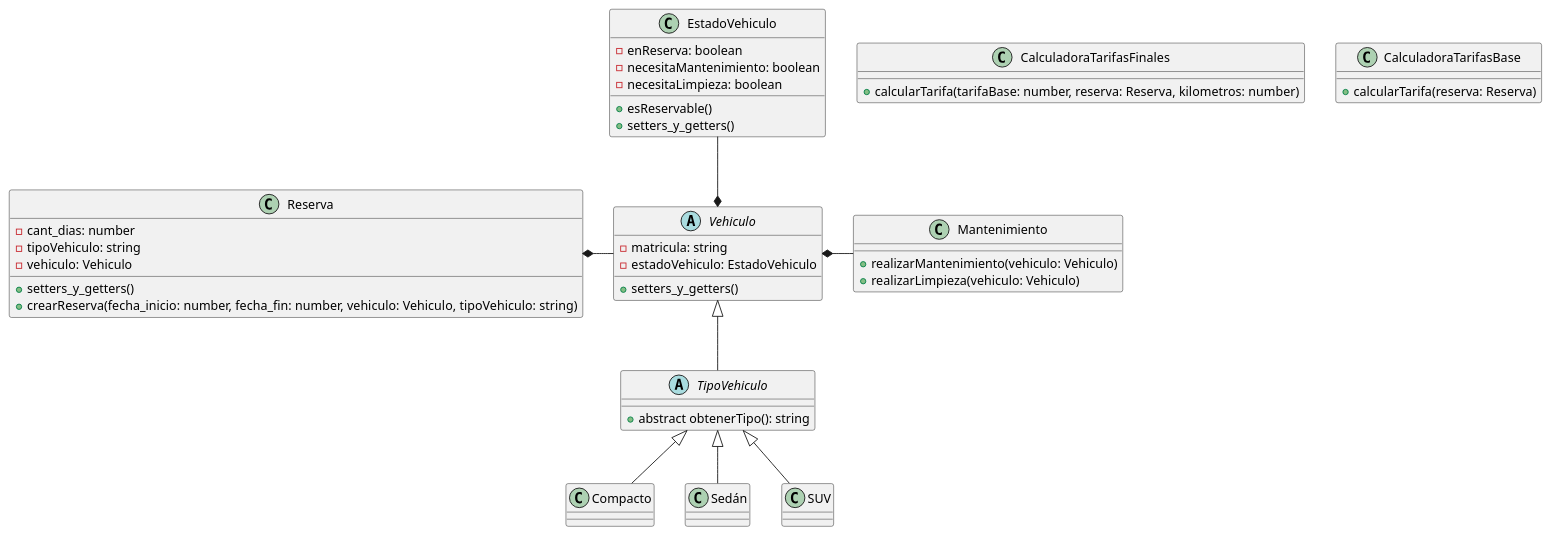
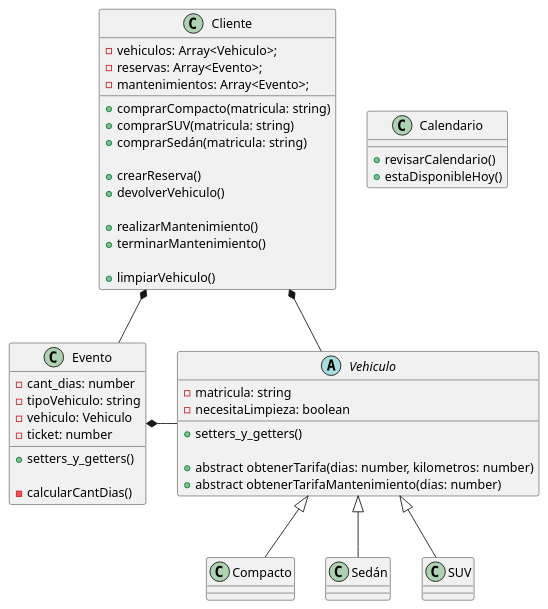
Before and after one commit to AlejoSuarez-37/Trabajo-Practico-Grupo16: the diagram in diagramas/clases.puml, drawn with PlantUML. The commit also changed 12 other files, not shown here.

Commit message:
Elimino clase Vehiculo, modifico diagrama, termino clase Cliente, cambio clase Evento, hago un readme

```diff
--- a/diagramas/clases.puml
+++ b/diagramas/clases.puml
@@ -1,66 +1,68 @@
 @startuml Diagrama de clases
+
+class Cliente {
+    - vehiculos: Array<Vehiculo>;
+    - reservas: Array<Evento>;
+    - mantenimientos: Array<Evento>;
+
+    + comprarCompacto(matricula: string)
+    + comprarSUV(matricula: string)
+    + comprarSedán(matricula: string)
+
+    + crearReserva()
+    + devolverVehiculo()
+
+    + realizarMantenimiento()
+    + terminarMantenimiento()
+
+    + limpiarVehiculo()
+}
 
 abstract class Vehiculo {
     - matricula: string
-    - estadoVehiculo: EstadoVehiculo
+    - necesitaLimpieza: boolean
     
     + setters_y_getters()
-}
 
-class EstadoVehiculo {
-    - enReserva: boolean
-    - necesitaMantenimiento: boolean
-    - necesitaLimpieza: boolean
-
-    + esReservable()
-    + setters_y_getters()
-}
-
-class CalculadoraTarifasFinales {
-    + calcularTarifa(tarifaBase: number, reserva: Reserva, kilometros: number)
-}
-
-class CalculadoraTarifasBase {
-    + calcularTarifa(reserva: Reserva)
-}
-
-class Reserva {
-    - cant_dias: number
-    - tipoVehiculo: string
-    - vehiculo: Vehiculo
-
-    + setters_y_getters()
-    + crearReserva(fecha_inicio: number, fecha_fin: number, vehiculo: Vehiculo, tipoVehiculo: string)
-}
-
-class Mantenimiento {
-    + realizarMantenimiento(vehiculo: Vehiculo)
-    + realizarLimpieza(vehiculo: Vehiculo)
-}
-
-abstract class TipoVehiculo {
-    + abstract obtenerTipo(): string
+    + abstract obtenerTarifa(dias: number, kilometros: number)
+    + abstract obtenerTarifaMantenimiento(dias: number)
 }
 class Compacto {
 
 }
 class Sedán {
 
 }
 class SUV {
 
 }
 
+class Evento {
+    - cant_dias: number
+    - tipoVehiculo: string
+    - vehiculo: Vehiculo
+    - ticket: number
+
+    + setters_y_getters()
+
+    - calcularCantDias()
+}
+
+class Calendario {
+    + revisarCalendario()
+    + estaDisponibleHoy()
+}
+
+
 ' Relaciones
 
-Vehiculo *-r- Mantenimiento
-Vehiculo *-u- EstadoVehiculo
-Vehiculo <|-d- TipoVehiculo
+Cliente *-- Vehiculo
+Cliente *-- Evento
 
-Reserva *-r- Vehiculo
+Evento *-r- Vehiculo
 
-TipoVehiculo <|-- Compacto
-TipoVehiculo <|-- Sedán
-TipoVehiculo <|-- SUV
+Vehiculo <|-- Compacto
+Vehiculo <|-- Sedán
+Vehiculo <|-- SUV
 
 @enduml
```
